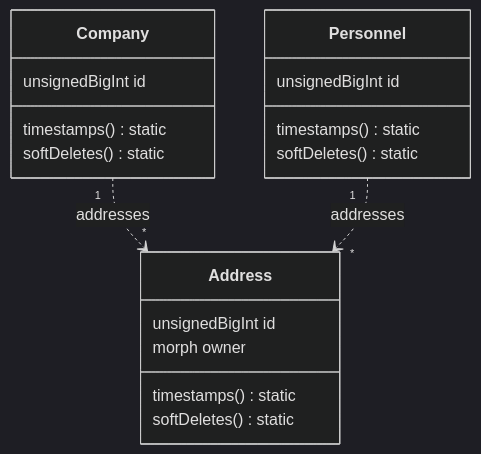
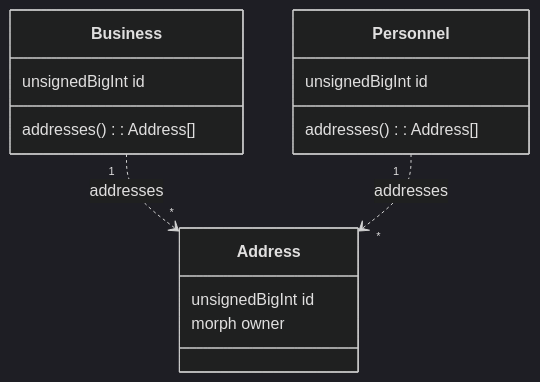
One commit to creasico/laravel-base changed the sixth of 7 diagrams in database/README.md. Above: the diagram before and after it, drawn with Mermaid (dark theme). The commit also changed other lines of this file and 2 other files, not shown here.

````diff
--- a/database/README.md
+++ b/database/README.md
@@ -304,21 +419,18 @@
 ```mermaid
 classDiagram
-    Company "1" ..> "*" Address : addresses
+    Business "1" ..> "*" Address : addresses
     Personnel "1" ..> "*" Address : addresses
+
     class Address {
         unsignedBigInt id
         morph owner
-        timestamps() static
-        softDeletes() static
     }
-    class Company {
+    class Business {
         unsignedBigInt id
-        timestamps() static
-        softDeletes() static
+        addresses(): Address[]
     }
     class Personnel {
         unsignedBigInt id
-        timestamps() static
-        softDeletes() static
+        addresses(): Address[]
     }
 ```
````
